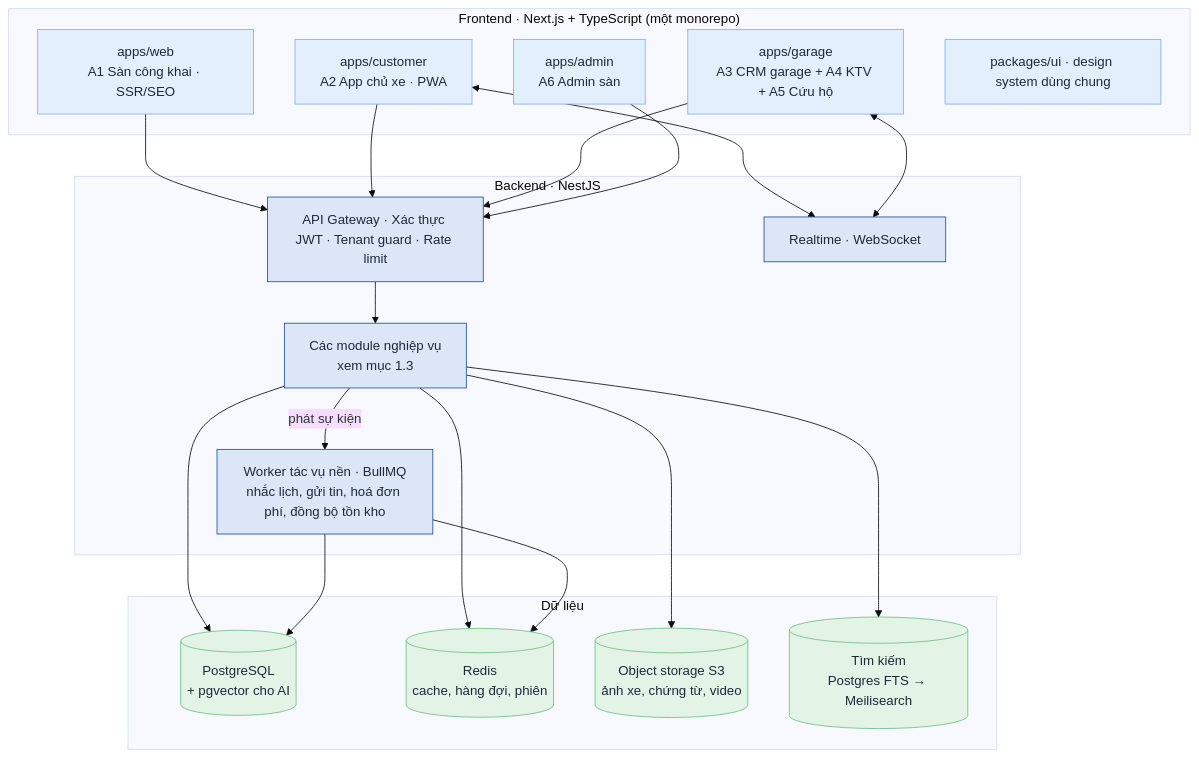
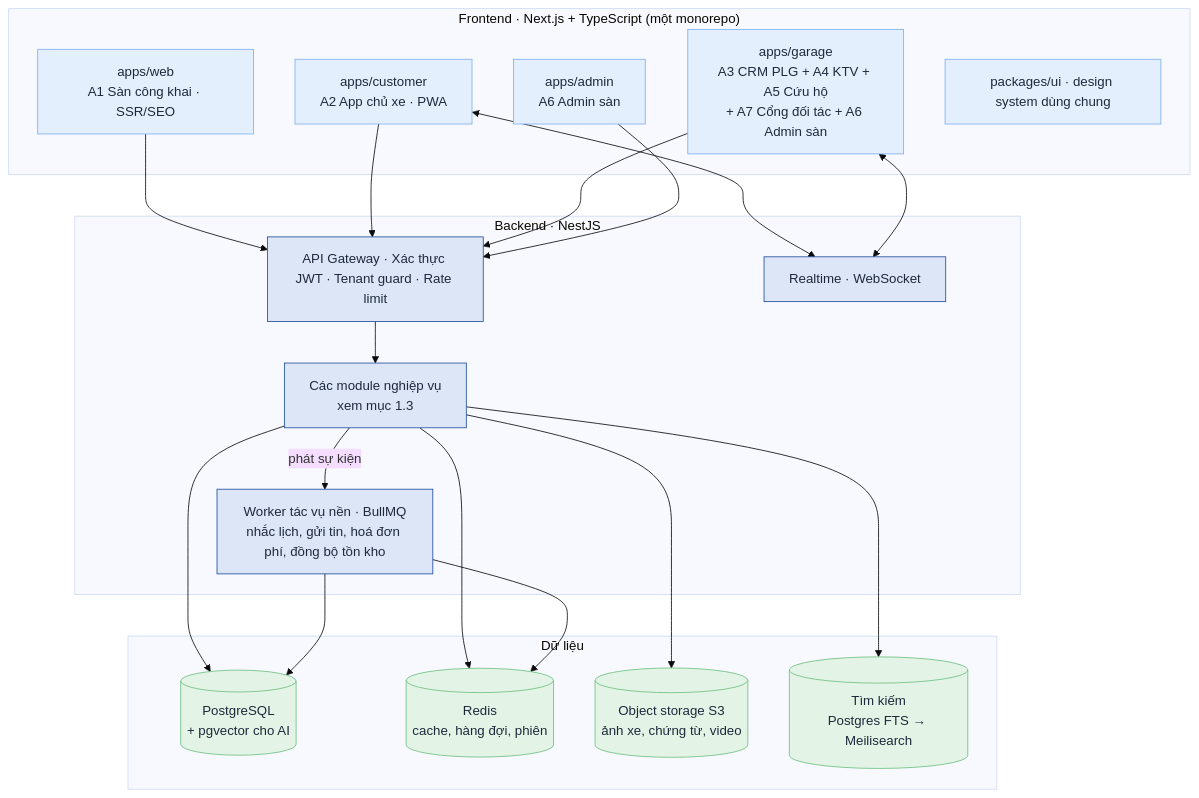
Before and after one commit to south93/cardiy-crm: the second of 3 diagrams in docs/01-tong-quan-he-thong.md, drawn with Mermaid (base theme). The commit also changed other lines of this file and 23 other files, not shown here.

First line of the commit message:
Vòng 0.4: tách Đối tác: 1 tài khoản, Cổng đối tác, không có CRM

````diff
--- a/docs/01-tong-quan-he-thong.md
+++ b/docs/01-tong-quan-he-thong.md
@@ -54,35 +57,35 @@
 ```mermaid
 flowchart TB
   classDef app fill:#e4effd,stroke:#7fb0ef,color:#1e293b
   classDef svc fill:#dce6f6,stroke:#1f4e9c,color:#1e293b
   classDef data fill:#e3f4e6,stroke:#6fbf7f,color:#1e293b
 
   subgraph FE["Frontend · Next.js + TypeScript (một monorepo)"]
     W1["apps/web<br/>A1 Sàn công khai · SSR/SEO"]:::app
     W2["apps/customer<br/>A2 App chủ xe · PWA"]:::app
-    W3["apps/garage<br/>A3 CRM garage + A4 KTV + A5 Cứu hộ"]:::app
+    W3["apps/garage<br/>A3 CRM PLG + A4 KTV + A5 Cứu hộ<br/>+ A7 Cổng đối tác + A6 Admin sàn"]:::app
     W4["apps/admin<br/>A6 Admin sàn"]:::app
     UI["packages/ui · design system dùng chung"]:::app
   end
 
   subgraph BE["Backend · NestJS"]
     GW["API Gateway · Xác thực JWT · Tenant guard · Rate limit"]:::svc
     WS["Realtime · WebSocket"]:::svc
     JOB["Worker tác vụ nền · BullMQ<br/>nhắc lịch, gửi tin, hoá đơn phí, đồng bộ tồn kho"]:::svc
     MOD["Các module nghiệp vụ<br/>xem mục 1.3"]:::svc
   end
 
   subgraph DATA["Dữ liệu"]
     PG[("PostgreSQL<br/>+ pgvector cho AI")]:::data
     RD[("Redis<br/>cache, hàng đợi, phiên")]:::data
     S3[("Object storage S3<br/>ảnh xe, chứng từ, video")]:::data
     SE[("Tìm kiếm<br/>Postgres FTS → Meilisearch")]:::data
   end
 
   W1 & W2 & W3 & W4 --> GW
   W2 & W3 <--> WS
   GW --> MOD
   MOD --> PG & RD & S3 & SE
   JOB --> PG & RD
   MOD -->|"phát sự kiện"| JOB
 ```
````
